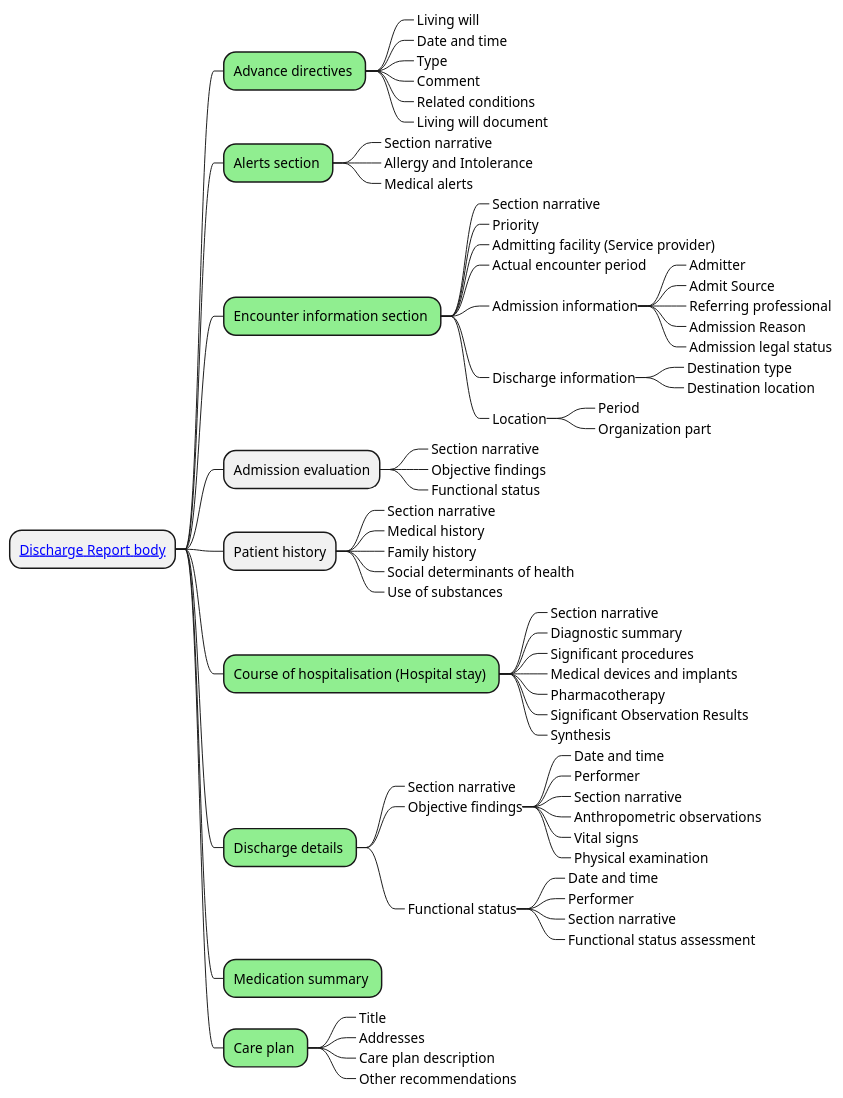
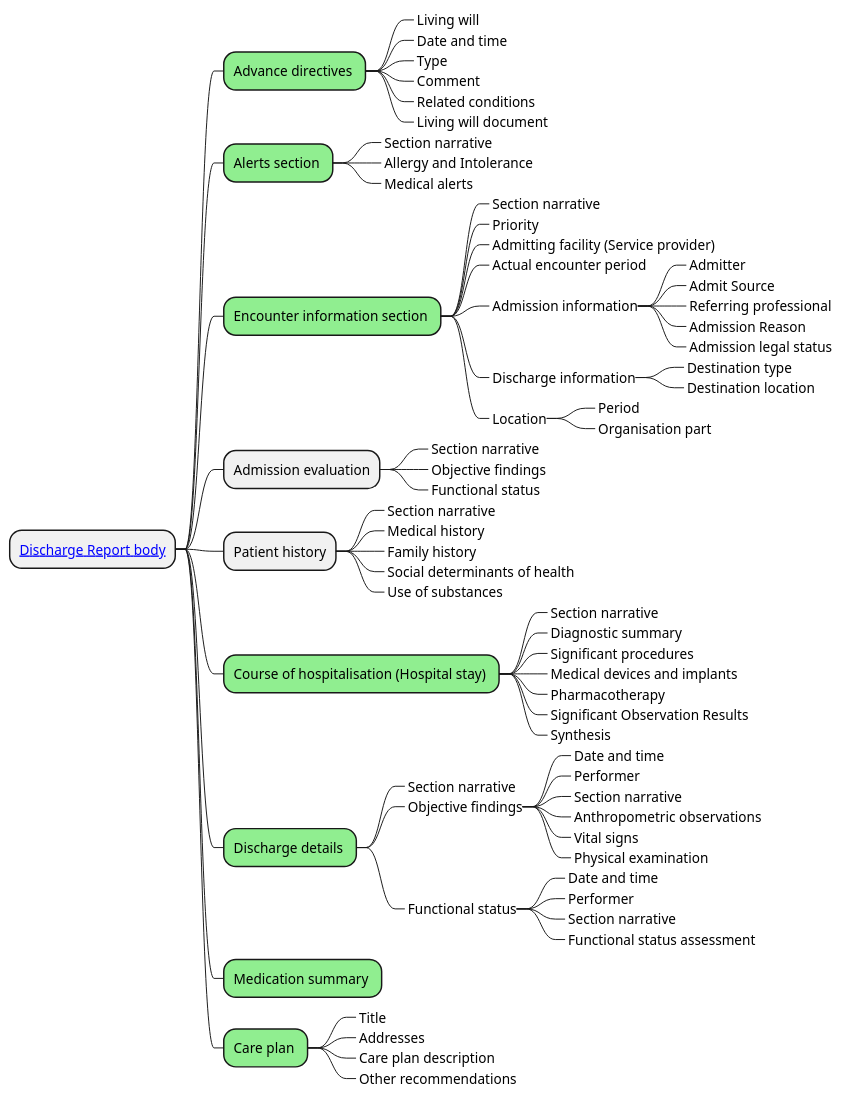
Before and after one commit to Xt-EHR/xt-ehr-common: the diagram in input/images-source/hdrReportBody_CIM_Hihlights.plantuml, drawn with PlantUML. The commit also changed 34 other files, not shown here.

Commit message:
Organization->organisation, resolves #213

```diff
--- a/input/images-source/hdrReportBody_CIM_Hihlights.plantuml
+++ b/input/images-source/hdrReportBody_CIM_Hihlights.plantuml
@@ -3,77 +3,77 @@
 @startmindmap
 skinparam topurl StructureDefinition-
 <style>
 mindmapDiagram {
     .green {
         BackgroundColor lightgreen
     }
 }
 </style>
 * [[EHDSDischargeReportBody.html Discharge Report body]]
 ** Advance directives <<green>>
 ***_ Living will
 ***_ Date and time
 ***_ Type
 ***_ Comment
 ***_ Related conditions
 ***_ Living will document
 ** Alerts section <<green>>
 ***_ Section narrative
 ***_ Allergy and Intolerance
 ***_ Medical alerts
 ** Encounter information section <<green>>
 ***_ Section narrative
 ***_ Priority
 ***_ Admitting facility (Service provider)
 ***_ Actual encounter period
 ***_ Admission information
 ****_ Admitter
 ****_ Admit Source
 ****_ Referring professional
 ****_ Admission Reason
 ****_ Admission legal status
 ***_ Discharge information
 ****_ Destination type
 ****_ Destination location
 ***_ Location
 ****_ Period
-****_ Organization part
+****_ Organisation part
 ** Admission evaluation
 ***_ Section narrative
 ***_ Objective findings
 ***_ Functional status
 ** Patient history
 ***_ Section narrative
 ***_ Medical history
 ***_ Family history
 ***_ Social determinants of health
 ***_ Use of substances
 ** Course of hospitalisation (Hospital stay) <<green>>
 ***_ Section narrative
 ***_ Diagnostic summary
 ***_ Significant procedures
 ***_ Medical devices and implants
 ***_ Pharmacotherapy
 ***_ Significant Observation Results
 ***_ Synthesis
 ** Discharge details <<green>>
 ***_ Section narrative
 ***_ Objective findings
 ****_ Date and time
 ****_ Performer
 ****_ Section narrative
 ****_ Anthropometric observations
 ****_ Vital signs
 ****_ Physical examination
 ***_ Functional status
 ****_ Date and time
 ****_ Performer
 ****_ Section narrative
 ****_ Functional status assessment
 ** Medication summary <<green>>
 ** Care plan <<green>>
 ***_ Title
 ***_ Addresses
 ***_ Care plan description
 ***_ Other recommendations
 @endmindmap
```
